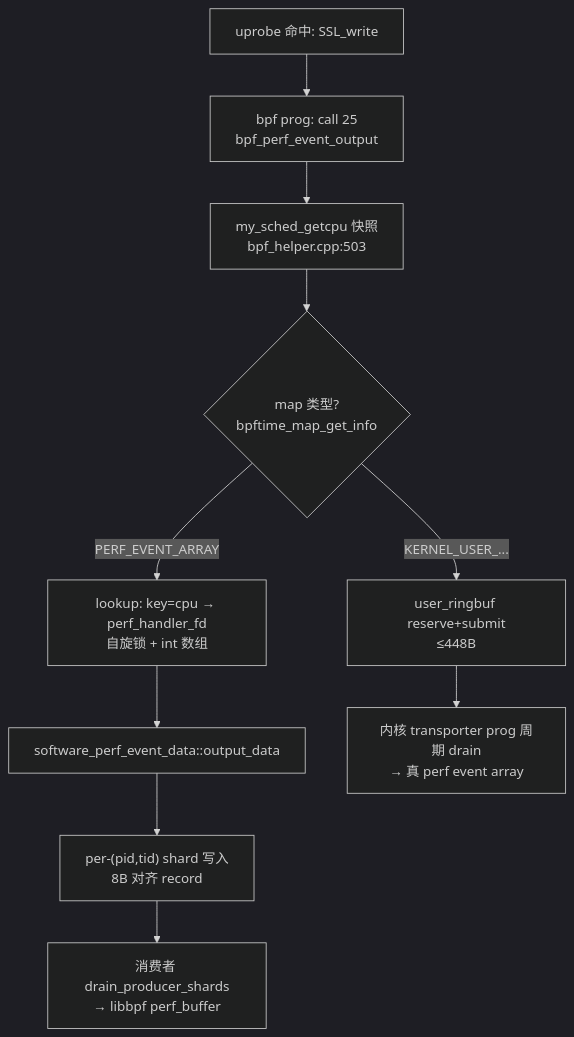
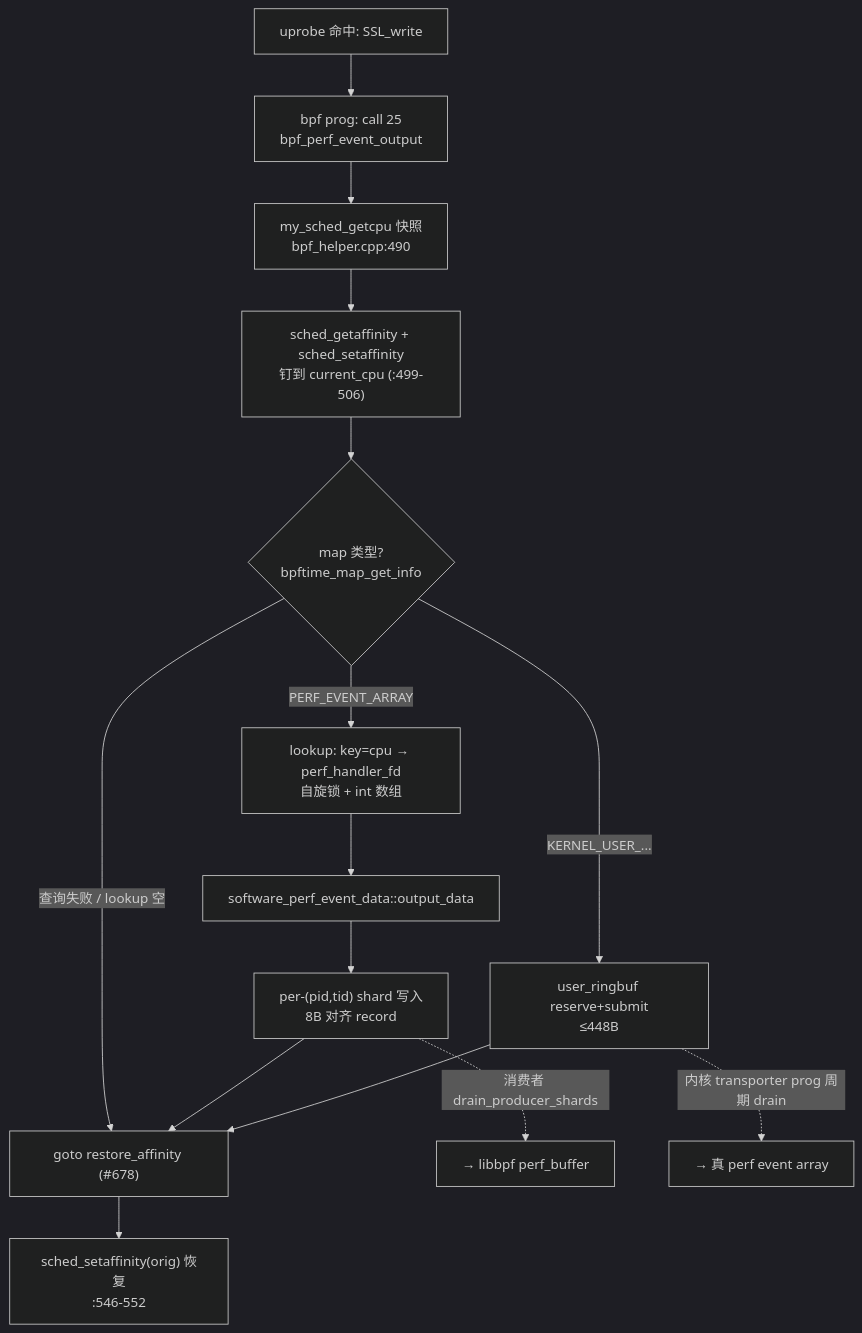
One commit to plsy1/bpftime-benchmark changed the second of 3 diagrams in 06-maps-helpers.md. Above: the diagram before and after it, drawn with Mermaid (dark theme). The commit also changed other lines of this file and 9 other files, not shown here.

````diff
--- a/06-maps-helpers.md
+++ b/06-maps-helpers.md
@@ -255,12 +350,17 @@
 ```mermaid
 graph TD
     U["uprobe 命中: SSL_write"] --> P["bpf prog: call 25<br/>bpf_perf_event_output"]
-    P --> S["my_sched_getcpu 快照<br/>bpf_helper.cpp:503"]
-    S --> T{"map 类型?<br/>bpftime_map_get_info"}
+    P --> S["my_sched_getcpu 快照<br/>bpf_helper.cpp:490"]
+    S --> A["sched_getaffinity + sched_setaffinity<br/>钉到 current_cpu (:499-506)"]
+    A --> T{"map 类型?<br/>bpftime_map_get_info"}
     T -->|PERF_EVENT_ARRAY| L["lookup: key=cpu → perf_handler_fd<br/>自旋锁 + int 数组"]
     L --> O["software_perf_event_data::output_data"]
     O --> W["per-(pid,tid) shard 写入<br/>8B 对齐 record"]
-    W --> R["消费者 drain_producer_shards<br/>→ libbpf perf_buffer"]
     T -->|KERNEL_USER_...| K["user_ringbuf reserve+submit<br/>≤448B"]
-    K --> X["内核 transporter prog 周期 drain<br/>→ 真 perf event array"]
+    T -->|查询失败 / lookup 空| Z["goto restore_affinity (#678)"]
+    W --> Z
+    K --> Z
+    Z --> RS["sched_setaffinity(orig) 恢复<br/>:546-552"]
+    W -. "消费者 drain_producer_shards" .-> R["→ libbpf perf_buffer"]
+    K -. "内核 transporter prog 周期 drain" .-> X["→ 真 perf event array"]
 ```
````
